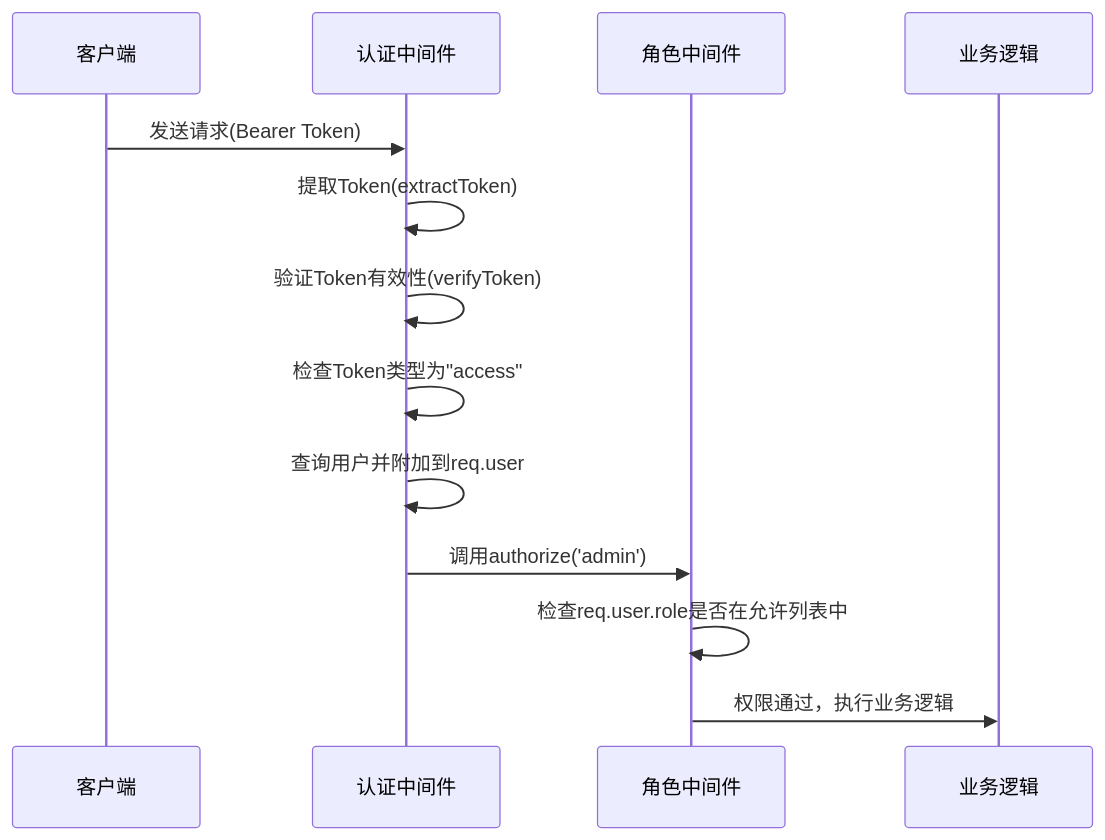
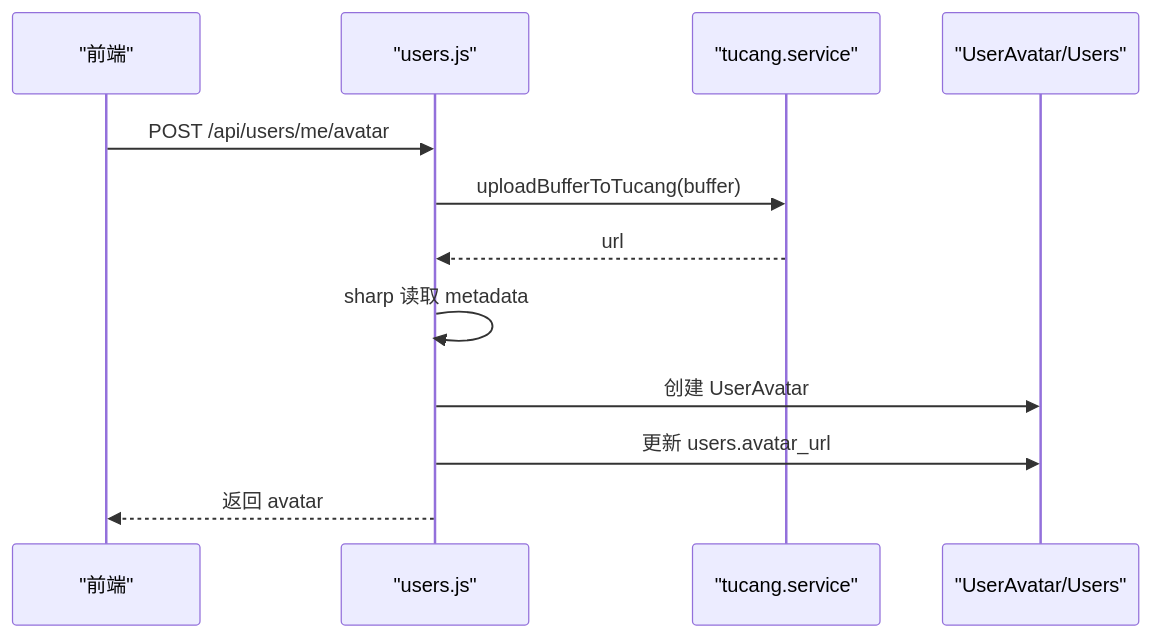
The diagram in wiki/API参考/用户管理API/用户管理API详解.md (xingranya/CervixDetectAI), drawn with Mermaid before and after one commit. The commit also changed other lines of this file and 14 other files, not shown here.

First line of the commit message:
feat(storage): 重构影像存储链路并集成图仓远程同步

````diff
--- a/wiki/API参考/用户管理API/用户管理API详解.md
+++ b/wiki/API参考/用户管理API/用户管理API详解.md
@@ -38,15 +19,14 @@
 ```mermaid
 sequenceDiagram
-participant 客户端
-participant 认证中间件
-participant 角色中间件
-participant 业务逻辑
-客户端->>认证中间件 : 发送请求(Bearer Token)
-认证中间件->>认证中间件 : 提取Token(extractToken)
-认证中间件->>认证中间件 : 验证Token有效性(verifyToken)
-认证中间件->>认证中间件 : 检查Token类型为"access"
-认证中间件->>认证中间件 : 查询用户并附加到req.user
-认证中间件->>角色中间件 : 调用authorize('admin')
-角色中间件->>角色中间件 : 检查req.user.role是否在允许列表中
-角色中间件->>业务逻辑 : 权限通过，执行业务逻辑
+participant FE as "前端"
+participant RT as "users.js"
+participant TC as "tucang.service"
+participant DB as "UserAvatar/Users"
+FE->>RT : POST /api/users/me/avatar
+RT->>TC : uploadBufferToTucang(buffer)
+TC-->>RT : url
+RT->>RT : sharp 读取 metadata
+RT->>DB : 创建 UserAvatar
+RT->>DB : 更新 users.avatar_url
+RT-->>FE : 返回 avatar
 ```
````
